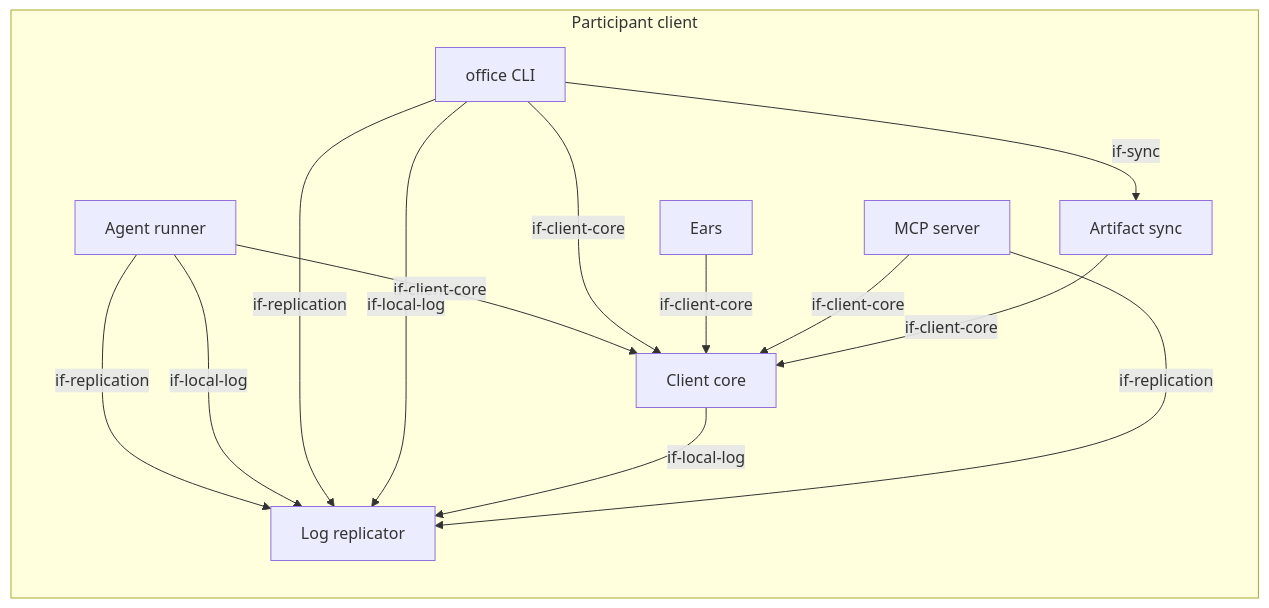
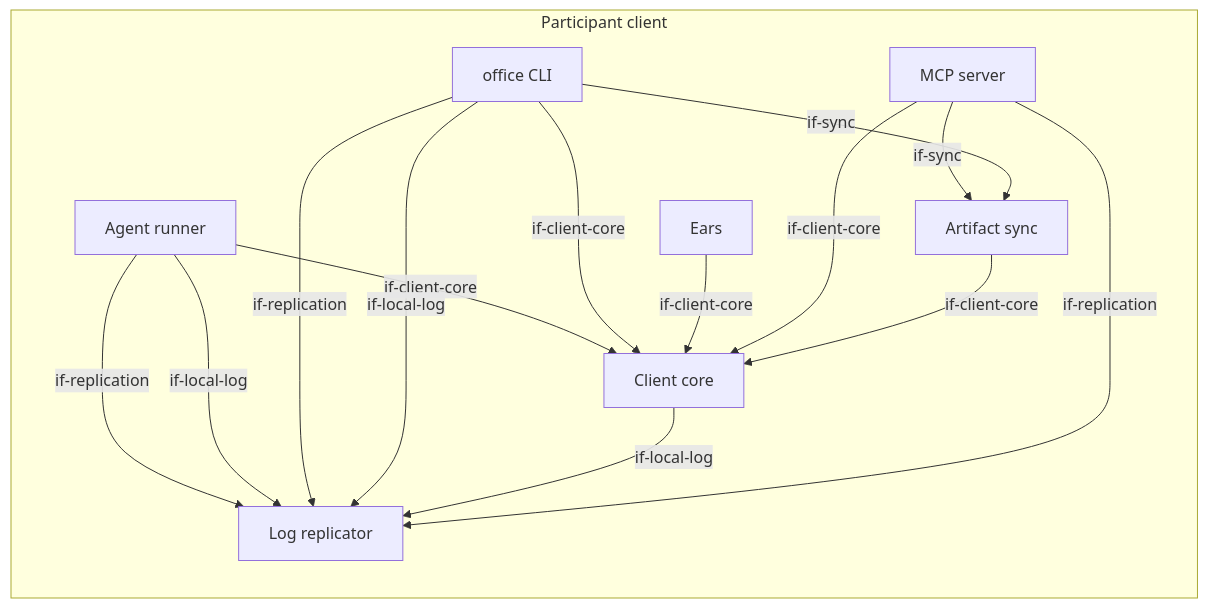
The third of 3 diagrams in docs/architecture/05-building-blocks.arc42.md (mrsimpson/agentic-office), drawn with Mermaid before and after one commit. The commit also changed other lines of this file and 3 other files, not shown here.

First line of the commit message:
docs(architecture): joining a meeting follows the clone; a rewritten history is transparent

````diff
--- a/docs/architecture/05-building-blocks.arc42.md
+++ b/docs/architecture/05-building-blocks.arc42.md
@@ -948,24 +948,25 @@
 ```mermaid
 flowchart LR
     subgraph bb_participant_client [Participant client]
         bb_agent_runner[Agent runner]
         bb_cli[office CLI]
         bb_client_core[Client core]
         bb_ears[Ears]
         bb_mcp[MCP server]
         bb_replicator[Log replicator]
         bb_sync[Artifact sync]
     end
     bb_agent_runner -->|if-client-core| bb_client_core
     bb_agent_runner -->|if-replication| bb_replicator
     bb_agent_runner -->|if-local-log| bb_replicator
     bb_cli -->|if-client-core| bb_client_core
     bb_cli -->|if-replication| bb_replicator
     bb_cli -->|if-local-log| bb_replicator
     bb_client_core -->|if-local-log| bb_replicator
     bb_ears -->|if-client-core| bb_client_core
     bb_mcp -->|if-client-core| bb_client_core
     bb_mcp -->|if-replication| bb_replicator
+    bb_mcp -->|if-sync| bb_sync
     bb_cli -->|if-sync| bb_sync
     bb_sync -->|if-client-core| bb_client_core
 ```
````
